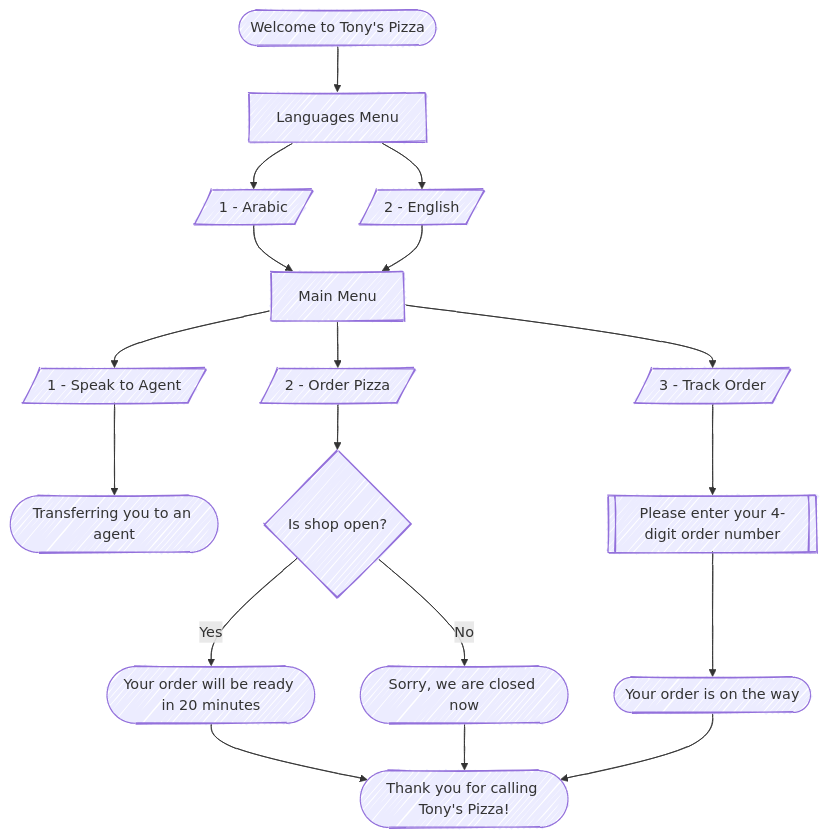
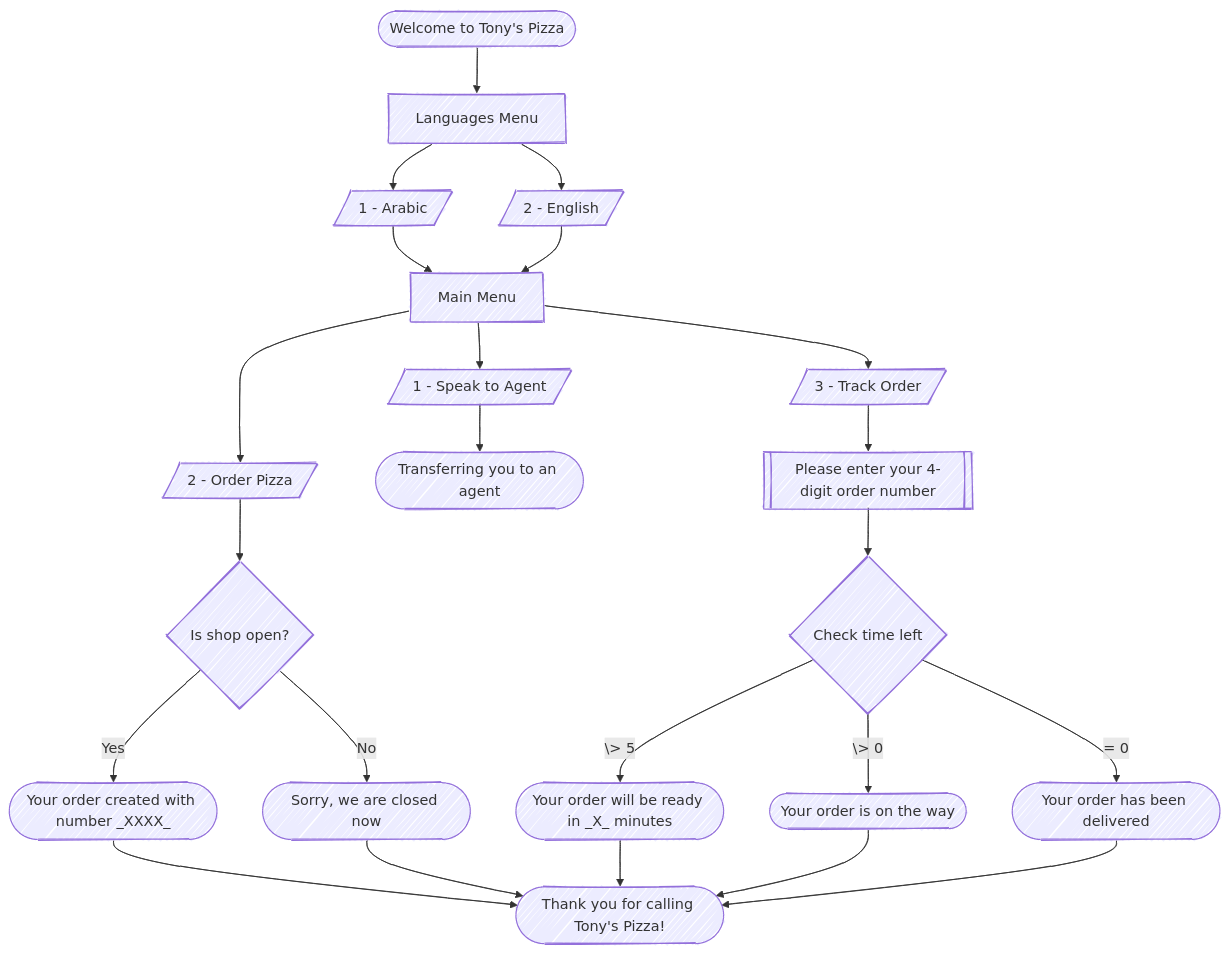
Before and after one commit to moazmohamed20-ist/internship-material: the diagram in Projects/Pizza Shop IVR/README.md, drawn with Mermaid. The commit also changed other lines of this file and 25 other files, not shown here.

````diff
--- a/Projects/Pizza Shop IVR/README.md
+++ b/Projects/Pizza Shop IVR/README.md
@@ -5,31 +5,29 @@
 ```mermaid
 ---
 config:
   layout: dagre
   look: handDrawn
 ---
 flowchart TD
     A(["Welcome to Tony's Pizza"]) --> A1["Languages Menu"]
     A1 --> L1[/"1 - Arabic"/] & L2[/"2 - English"/]
 
     L1 --> M1["Main Menu"]
     L2 --> M1
     M1 --> O1[/"1 - Speak to Agent"/] & O2[/"2 - Order Pizza"/] & O3[/"3 - Track Order"/]
 
     %% Speak to Staff Branch
     O1 --> P4(["Transferring you to an agent"])
 
     %% Order Pizza Branch
-    O2 --> D{"Is shop open?"}
-    D -- Yes --> P1(["Your order will be ready in 20 minutes"])
-    D -- No --> P2(["Sorry, we are closed now"])
+    O2 --> D1{"Is shop open?"}
+    D1 -- Yes --> P1(["Your order created with number _XXXX_"]) --> Z
+    D1 -- No --> P2(["Sorry, we are closed now"]) --> Z
 
     %% Track Order Branch with Input
     O3 --> I1[["Please enter your 4-digit order number"]]
-    I1 --> P3(["Your order is on the way"])
-
-    %% End
-    P1 --> Z(["Thank you for calling Tony's Pizza!"])
-    P2 --> Z
-    P3 --> Z
+    I1 --> D2{"Check time left"}
+    D2 -- \> 5 --> P5(["Your order will be ready in _X_ minutes"]) --> Z(["Thank you for calling Tony's Pizza!"])
+    D2 -- \> 0 --> P6(["Your order is on the way"]) --> Z
+    D2 -- = 0 --> P7(["Your order has been delivered"]) --> Z
 ```
````
